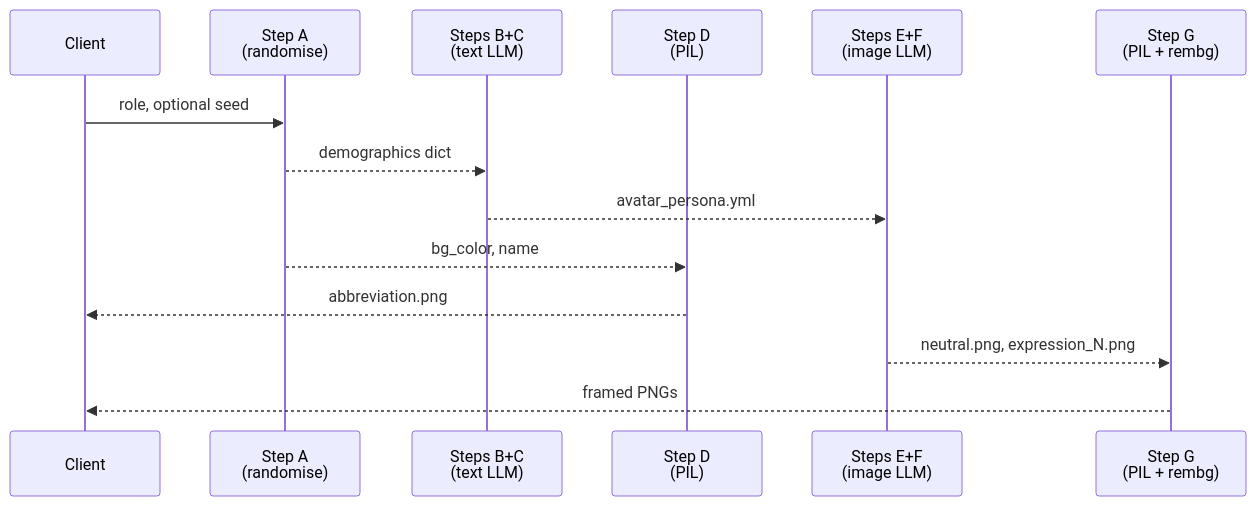
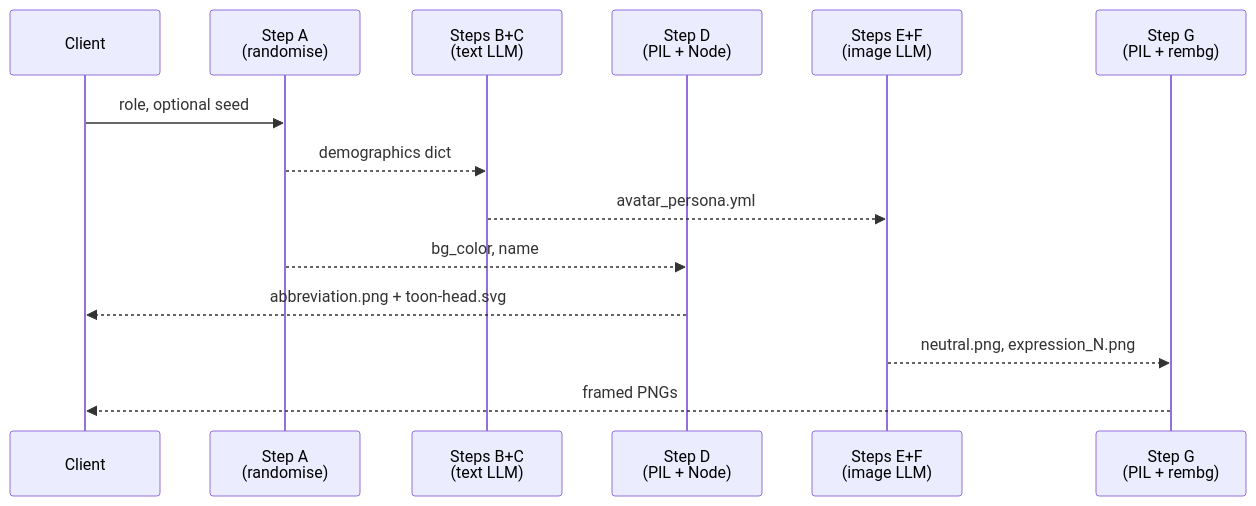
The second of 2 diagrams in docs/software/architecture.md (E-Brons/avatar-studio), drawn with Mermaid before and after one commit. The commit also changed other lines of this file and 14 other files, not shown here.

First line of the commit message:
feat: Step D generates ToonHead SVG + Abbreviation PNG via vendored DiceBear node sub-project

````diff
--- a/docs/software/architecture.md
+++ b/docs/software/architecture.md
@@ -140,17 +144,17 @@
 ```mermaid
 sequenceDiagram
     participant Client
     participant StepA as Step A<br>(randomise)
     participant StepBC as Steps B+C<br>(text LLM)
-    participant StepD as Step D<br>(PIL)
+    participant StepD as Step D<br>(PIL + Node)
     participant StepEF as Steps E+F<br>(image LLM)
     participant StepG as Step G<br>(PIL + rembg)
 
     Client->>StepA: role, optional seed
     StepA-->>StepBC: demographics dict
     StepBC-->>StepEF: avatar_persona.yml
     StepA-->>StepD: bg_color, name
-    StepD-->>Client: abbreviation.png
+    StepD-->>Client: abbreviation.png + toon-head.svg
     StepEF-->>StepG: neutral.png, expression_N.png
     StepG-->>Client: framed PNGs
 ```
````
